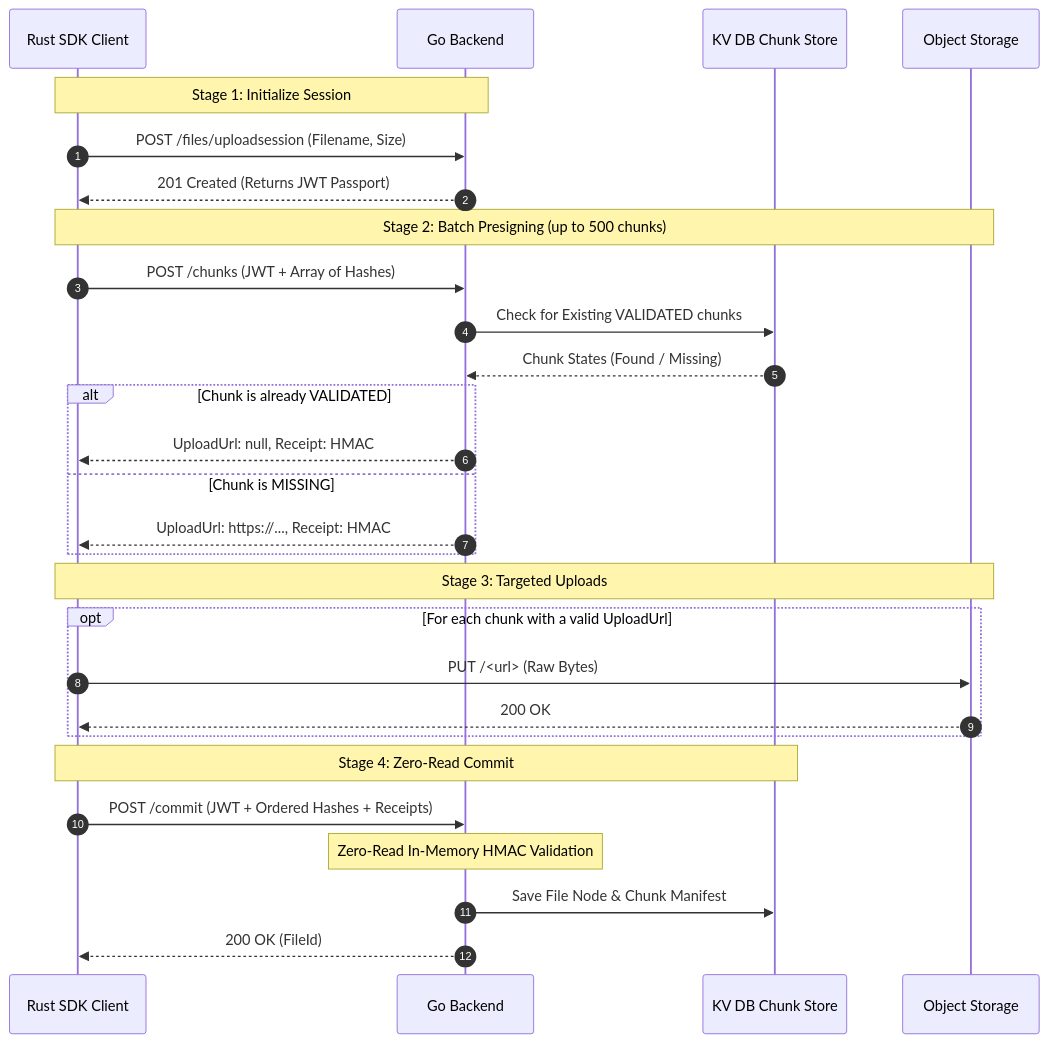
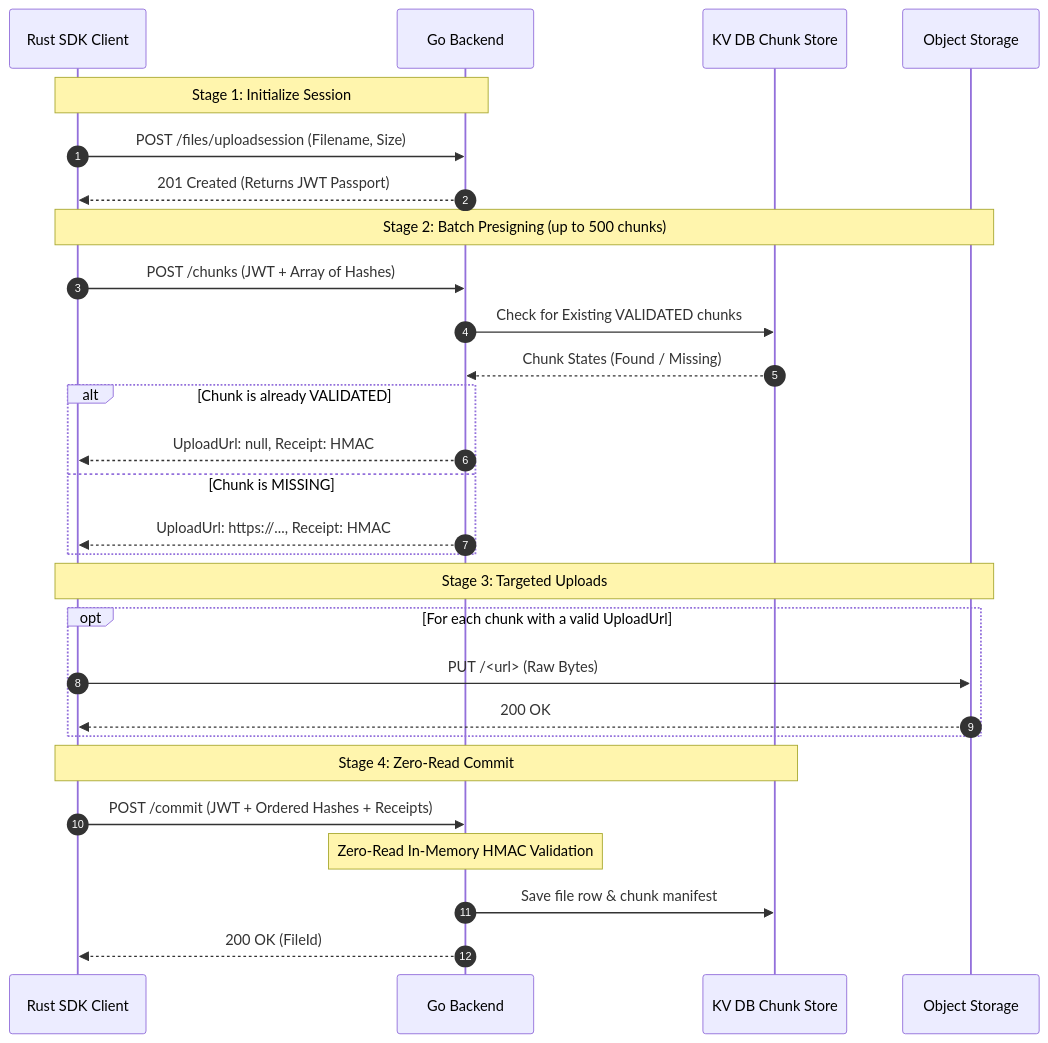
Before and after one commit to platrium-app/platrium: the diagram in docs/content/docs/(contributors)/e2e-flows/upload-sessions.mdx, drawn with Mermaid. The commit also changed other lines of this file and 75 other files, not shown here.

````diff
--- a/docs/content/docs/(contributors)/e2e-flows/upload-sessions.mdx
+++ b/docs/content/docs/(contributors)/e2e-flows/upload-sessions.mdx
@@ -16,35 +16,35 @@
 ```mermaid
 sequenceDiagram
     autonumber
     participant C as Rust SDK Client
     participant A as Go Backend
     participant DB as KV DB Chunk Store
     participant S3 as Object Storage
 
     note over C, A: Stage 1: Initialize Session
     C->>A: POST /files/uploadsession (Filename, Size)
     A-->>C: 201 Created (Returns JWT Passport)
     
     note over C, S3: Stage 2: Batch Presigning (up to 500 chunks)
     C->>A: POST /chunks (JWT + Array of Hashes)
     A->>DB: Check for Existing VALIDATED chunks
     DB-->>A: Chunk States (Found / Missing)
     
     alt Chunk is already VALIDATED
         A-->>C: UploadUrl: null, Receipt: HMAC
     else Chunk is MISSING
         A-->>C: UploadUrl: https://..., Receipt: HMAC
     end
 
     note over C, S3: Stage 3: Targeted Uploads
     opt For each chunk with a valid UploadUrl
         C->>S3: PUT /<url> (Raw Bytes)
         S3-->>C: 200 OK
     end
 
     note over C, DB: Stage 4: Zero-Read Commit
     C->>A: POST /commit (JWT + Ordered Hashes + Receipts)
     note over A: Zero-Read In-Memory HMAC Validation
-    A->>DB: Save File Node & Chunk Manifest
+    A->>DB: Save file row & chunk manifest
     A-->>C: 200 OK (FileId)
 ```
````
